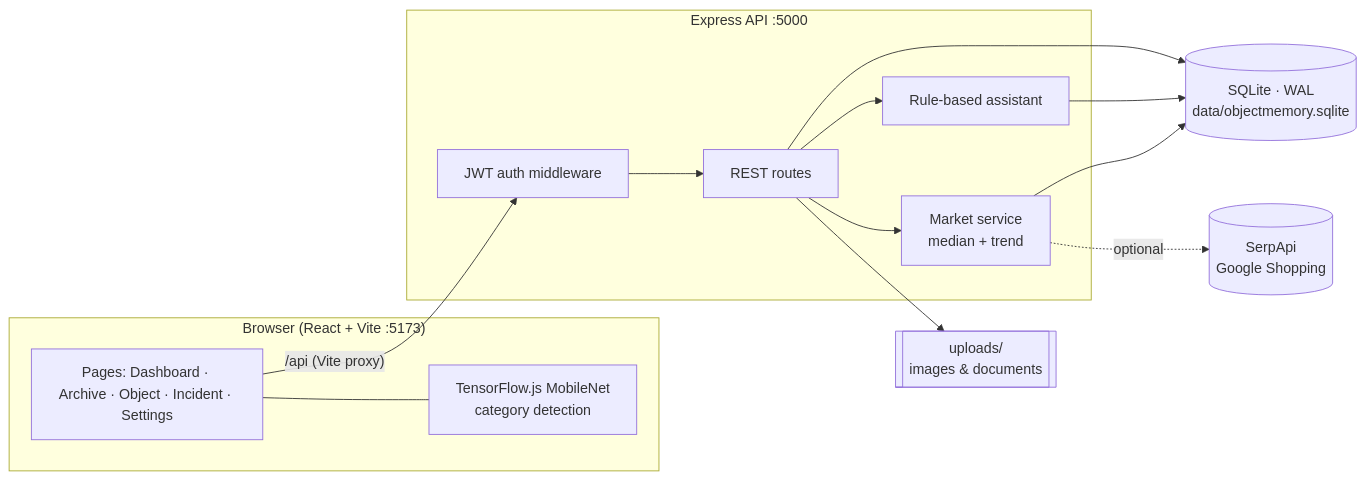
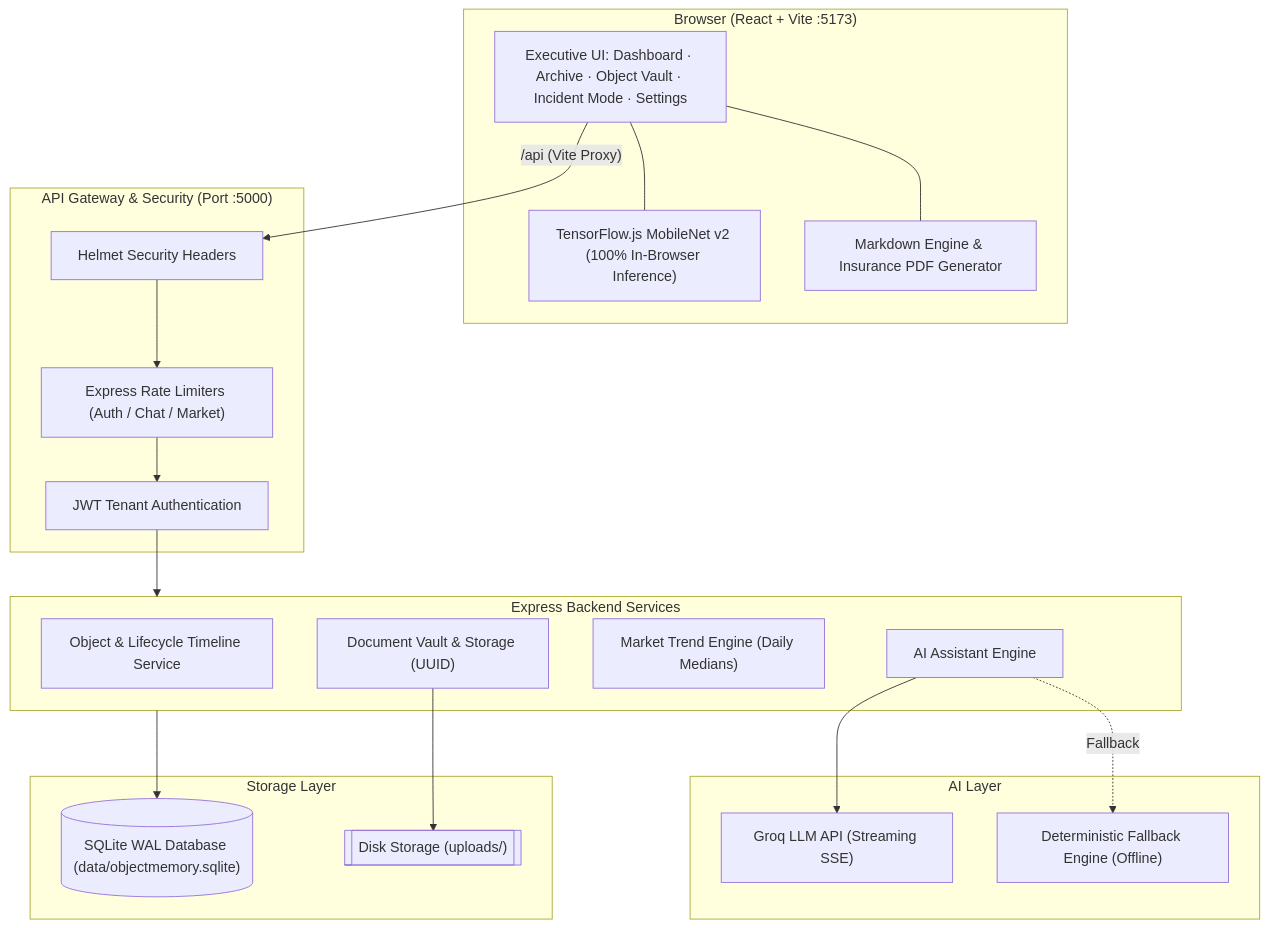
One commit to swetha-006/Object_Memory changed the diagram in README.md. Above: the diagram before and after it, drawn with Mermaid. The commit also changed other lines of this file and 13 other files, not shown here.

````diff
--- a/README.md
+++ b/README.md
@@ -74,26 +86,40 @@
 ```mermaid
-flowchart LR
-    subgraph Browser["Browser (React + Vite :5173)"]
-        UI[Pages: Dashboard · Archive · Object · Incident · Settings]
-        ML[TensorFlow.js MobileNet<br/>category detection]
-        UI --- ML
+flowchart TD
+    subgraph Client["Browser (React + Vite :5173)"]
+        UI["Executive UI: Dashboard · Archive · Object Vault · Incident Mode · Settings"]
+        VISION["TensorFlow.js MobileNet v2 (100% In-Browser Inference)"]
+        MD["Markdown Engine & Insurance PDF Generator"]
+        UI --- VISION
+        UI --- MD
     end
 
-    subgraph Server["Express API :5000"]
-        AUTH[JWT auth middleware]
-        ROUTES[REST routes]
-        BOT[Rule-based assistant]
-        MKT[Market service<br/>median + trend]
+    subgraph Security["API Gateway & Security (Port :5000)"]
+        HELMET["Helmet Security Headers"]
+        LIMIT["Express Rate Limiters (Auth / Chat / Market)"]
+        AUTH["JWT Tenant Authentication"]
     end
 
-    DB[(SQLite · WAL<br/>data/objectmemory.sqlite)]
-    FS[[uploads/<br/>images & documents]]
-    SERP[(SerpApi<br/>Google Shopping)]
+    subgraph Core["Express Backend Services"]
+        OBJ_SVC["Object & Lifecycle Timeline Service"]
+        DOC_SVC["Document Vault & Storage (UUID)"]
+        MKT_SVC["Market Trend Engine (Daily Medians)"]
+        AI_ROUTER["AI Assistant Engine"]
+    end
 
-    UI -- "/api (Vite proxy)" --> AUTH --> ROUTES
-    ROUTES --> DB
-    ROUTES --> FS
-    ROUTES --> BOT --> DB
-    ROUTES --> MKT --> DB
-    MKT -. optional .-> SERP
+    subgraph Intelligence["AI Layer"]
+        GROQ["Groq LLM API (Streaming SSE)"]
+        FALLBACK["Deterministic Fallback Engine (Offline)"]
+    end
+
+    subgraph Storage["Storage Layer"]
+        DB[("SQLite WAL Database (data/objectmemory.sqlite)")]
+        UPLOADS[["Disk Storage (uploads/)"]]
+    end
+
+    UI -- "/api (Vite Proxy)" --> HELMET --> LIMIT --> AUTH
+    AUTH --> Core
+    AI_ROUTER --> GROQ
+    AI_ROUTER -. Fallback .-> FALLBACK
+    Core --> DB
+    DOC_SVC --> UPLOADS
 ```
````
